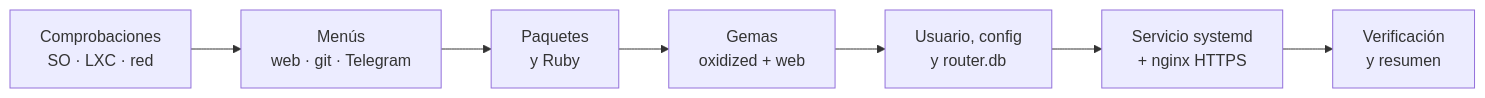
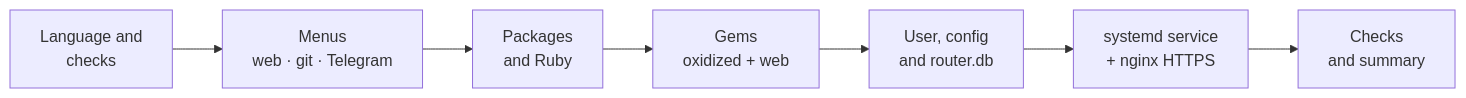
One commit to Psycomy/oxidized-proxmox-lxc changed the diagram in README.md. Above: the diagram before and after it, drawn with Mermaid. The commit also changed other lines of this file and 2 other files, not shown here.

````diff
--- a/README.md
+++ b/README.md
@@ -78,9 +81,9 @@
 ```mermaid
 flowchart LR
-    A[Comprobaciones<br/>SO · LXC · red] --> B[Menús<br/>web · git · Telegram]
-    B --> C[Paquetes<br/>y Ruby]
-    C --> D[Gemas<br/>oxidized + web]
-    D --> E[Usuario, config<br/>y router.db]
-    E --> F[Servicio systemd<br/>+ nginx HTTPS]
-    F --> G[Verificación<br/>y resumen]
+    A[Language and<br/>checks] --> B[Menus<br/>web · git · Telegram]
+    B --> C[Packages<br/>and Ruby]
+    C --> D[Gems<br/>oxidized + web]
+    D --> E[User, config<br/>and router.db]
+    E --> F[systemd service<br/>+ nginx HTTPS]
+    F --> G[Checks<br/>and summary]
 ```
````
